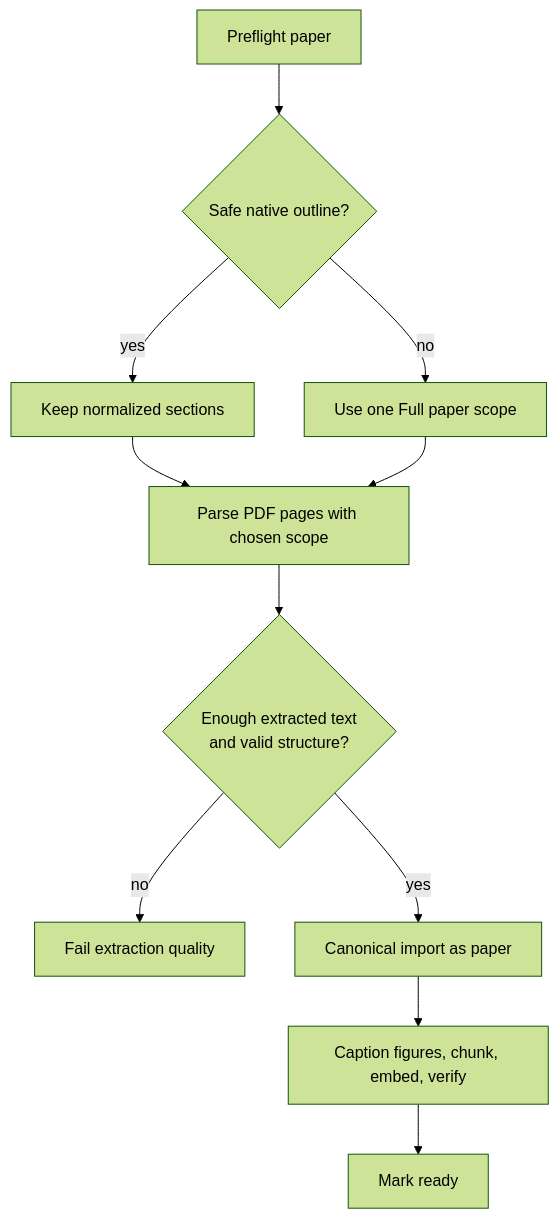
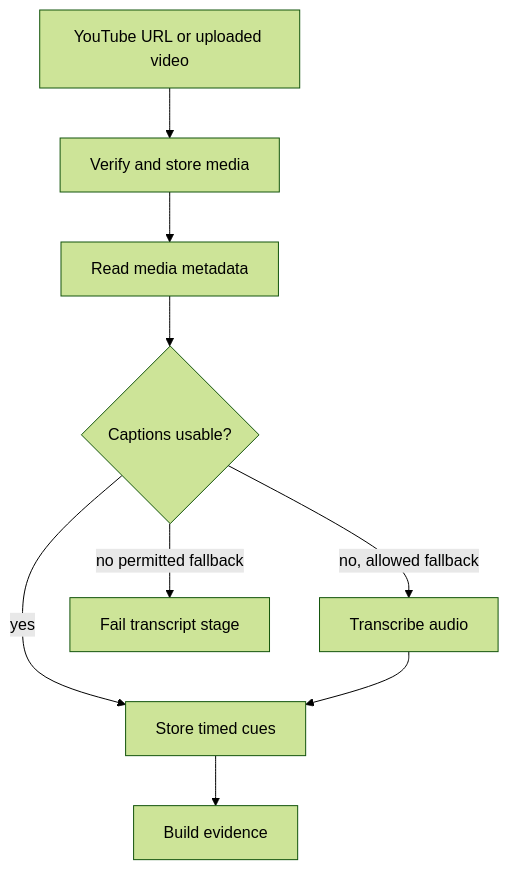
The fifth of 7 diagrams in docs/ingestion.md (rabhishek100/agentic_study_partner), drawn with Mermaid (forest theme) before and after one commit. The commit also changed other lines of this file and 9 other files, not shown here.

Commit message:
Consolidate concise feature and architecture documentation

````diff
--- a/docs/ingestion.md
+++ b/docs/ingestion.md
@@ -100,13 +99,11 @@
 ```mermaid
 flowchart TD
-    A[Preflight paper] --> B{Safe native outline?}
-    B -->|yes| C[Keep normalized sections]
-    B -->|no| D[Use one Full paper scope]
-    C --> E[Parse PDF pages with chosen scope]
-    D --> E
-    E --> F{Enough extracted text<br/>and valid structure?}
-    F -->|no| X[Fail extraction quality]
-    F -->|yes| G[Canonical import as paper]
-    G --> H[Caption figures, chunk, embed, verify]
-    H --> I[Mark ready]
+    S[YouTube URL or uploaded video] --> A[Verify and store media]
+    A --> M[Read media metadata]
+    M --> C{Captions usable?}
+    C -->|yes| T[Store timed cues]
+    C -->|no, allowed fallback| U[Transcribe audio]
+    U --> T
+    C -->|no permitted fallback| X[Fail transcript stage]
+    T --> E[Build evidence]
 ```
````
